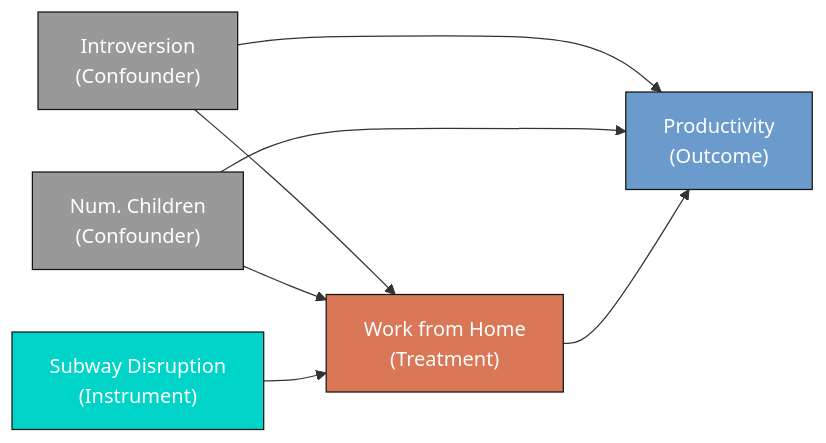
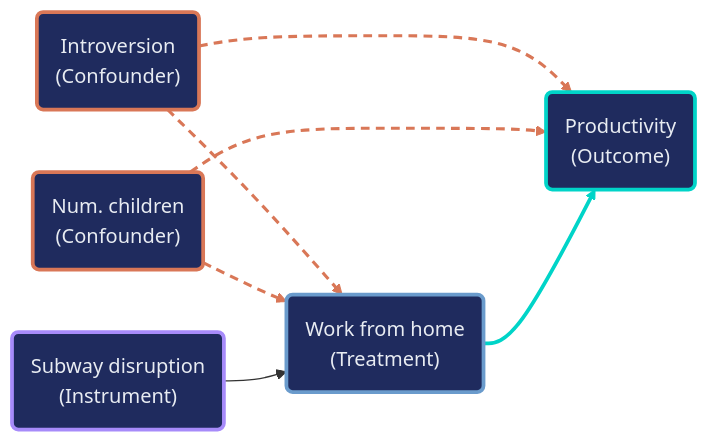
Before and after one commit to cmg777/starter-academic-v501: the second of 2 diagrams in content/post/python_dowhy_intro/references/tutorial.qmd, drawn with Mermaid. The commit also changed other lines of this file and 42 other files, not shown here.

First line of the commit message:
content(mermaid): restyle Mermaid copies in tutorial sources and the LaLonde slide deck

````diff
--- a/content/post/python_dowhy_intro/references/tutorial.qmd
+++ b/content/post/python_dowhy_intro/references/tutorial.qmd
@@ -366,14 +369,20 @@
 ```{mermaid}
 graph LR
-    I["Introversion<br/>(Confounder)"] --> T["Work from Home<br/>(Treatment)"]
-    I --> Y["Productivity<br/>(Outcome)"]
-    C["Num. Children<br/>(Confounder)"] --> T
+    I("Introversion<br/>(Confounder)") --> T("Work from home<br/>(Treatment)")
+    I --> Y("Productivity<br/>(Outcome)")
+    C("Num. children<br/>(Confounder)") --> T
     C --> Y
-    Z["Subway Disruption<br/>(Instrument)"] --> T
+    Z("Subway disruption<br/>(Instrument)") --> T
     T --> Y
-    style I fill:#999,stroke:#141413,color:#fff
-    style C fill:#999,stroke:#141413,color:#fff
-    style Z fill:#00d4c8,stroke:#141413,color:#fff
-    style T fill:#d97757,stroke:#141413,color:#fff
-    style Y fill:#6a9bcc,stroke:#141413,color:#fff
+    classDef gray fill:#1f2b5e,stroke:#c8d0e0,stroke-width:3px,color:#e8ecf2
+    classDef orange fill:#1f2b5e,stroke:#d97757,stroke-width:3px,color:#e8ecf2
+    classDef blue fill:#1f2b5e,stroke:#6a9bcc,stroke-width:3px,color:#e8ecf2
+    classDef teal fill:#1f2b5e,stroke:#00d4c8,stroke-width:3px,color:#e8ecf2
+    classDef violet fill:#1f2b5e,stroke:#a78bfa,stroke-width:3px,color:#e8ecf2
+    class I,C orange
+    class T blue
+    class Y teal
+    class Z violet
+    linkStyle 0,1,2,3 stroke:#d97757,stroke-width:2.5px,stroke-dasharray:7 5
+    linkStyle 5 stroke:#00d4c8,stroke-width:3px
 ```
````
